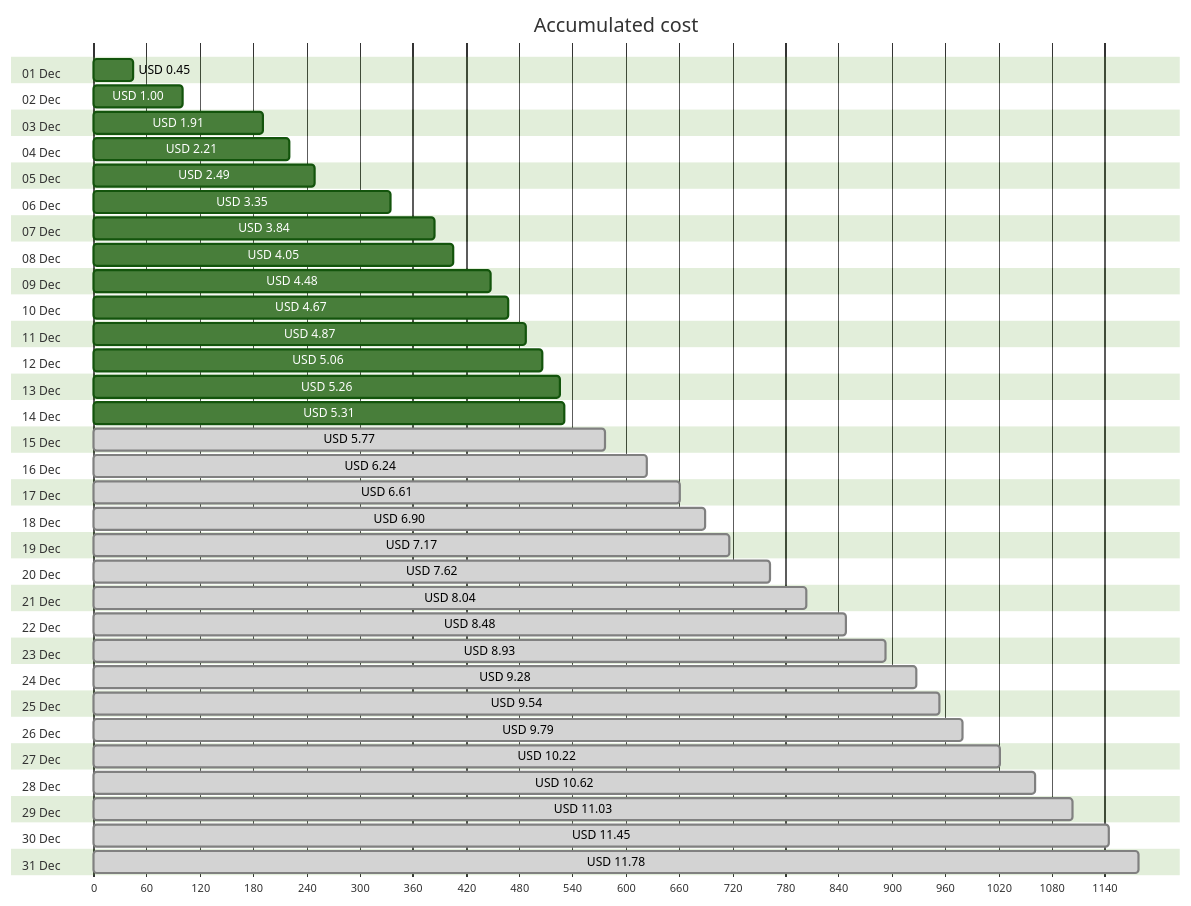
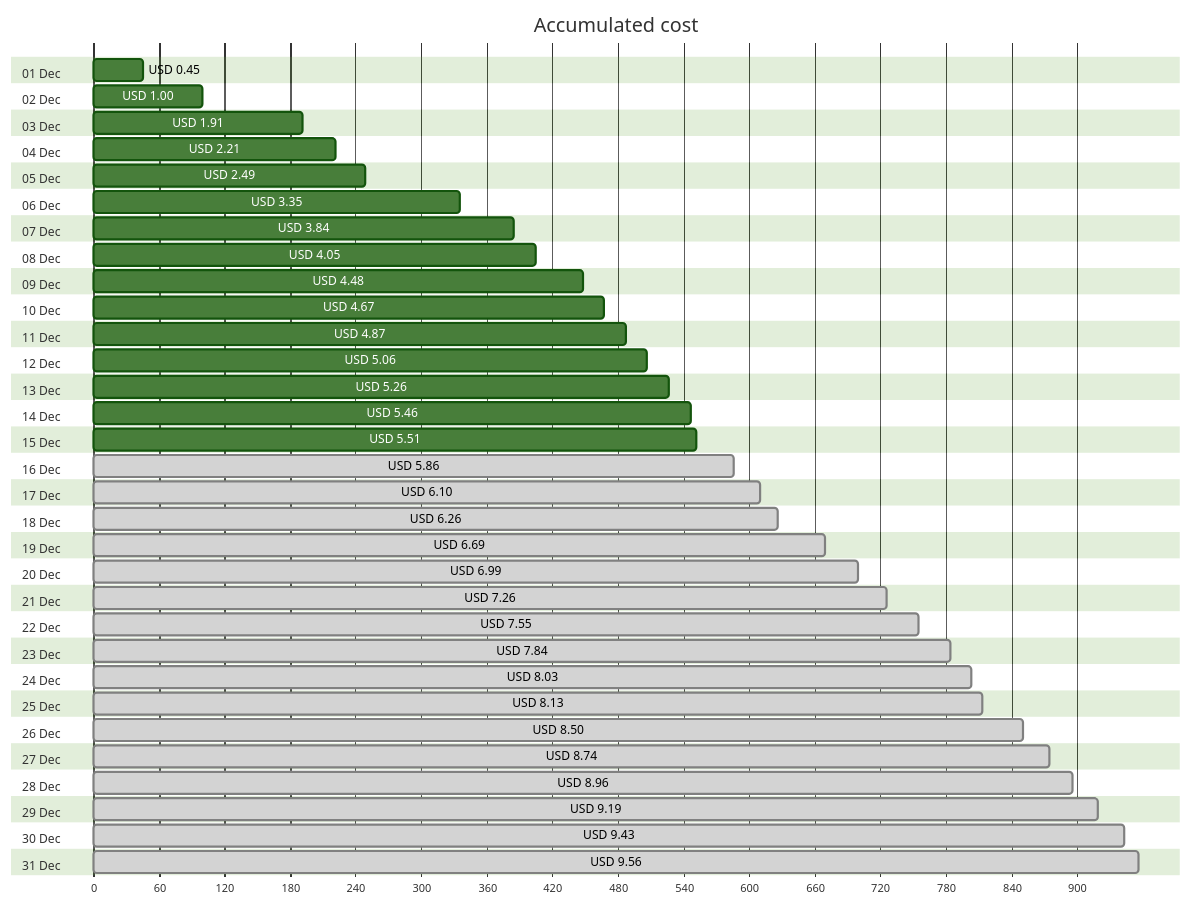
The first of 4 diagrams in cost-reports/personal-network/vpn-server.md (jpfulton/azure-personal-reports), drawn with Mermaid (forest theme) before and after one commit. The commit also changed other lines of this file and 8 other files, not shown here.

````diff
--- a/cost-reports/personal-network/vpn-server.md
+++ b/cost-reports/personal-network/vpn-server.md
@@ -20,68 +20,68 @@
 ```mermaid
 gantt
    title Accumulated cost
    dateFormat  X
    axisFormat %s
    section 01 Dec
    USD 0.45 :0, 45
    section 02 Dec
    USD 1.00 :0, 100
    section 03 Dec
    USD 1.91 :0, 191
    section 04 Dec
    USD 2.21 :0, 221
    section 05 Dec
    USD 2.49 :0, 249
    section 06 Dec
    USD 3.35 :0, 335
    section 07 Dec
    USD 3.84 :0, 384
    section 08 Dec
    USD 4.05 :0, 405
    section 09 Dec
    USD 4.48 :0, 448
    section 10 Dec
    USD 4.67 :0, 467
    section 11 Dec
    USD 4.87 :0, 487
    section 12 Dec
    USD 5.06 :0, 506
    section 13 Dec
    USD 5.26 :0, 526
    section 14 Dec
-   USD 5.31 :0, 531
+   USD 5.46 :0, 546
    section 15 Dec
-   USD 5.77 : done, 0, 577
+   USD 5.51 :0, 551
    section 16 Dec
-   USD 6.24 : done, 0, 624
+   USD 5.86 : done, 0, 586
    section 17 Dec
-   USD 6.61 : done, 0, 661
+   USD 6.10 : done, 0, 610
    section 18 Dec
-   USD 6.90 : done, 0, 690
+   USD 6.26 : done, 0, 626
    section 19 Dec
-   USD 7.17 : done, 0, 717
+   USD 6.69 : done, 0, 669
    section 20 Dec
-   USD 7.62 : done, 0, 762
+   USD 6.99 : done, 0, 699
    section 21 Dec
-   USD 8.04 : done, 0, 804
+   USD 7.26 : done, 0, 726
    section 22 Dec
-   USD 8.48 : done, 0, 848
+   USD 7.55 : done, 0, 755
    section 23 Dec
-   USD 8.93 : done, 0, 893
+   USD 7.84 : done, 0, 784
    section 24 Dec
-   USD 9.28 : done, 0, 928
+   USD 8.03 : done, 0, 803
    section 25 Dec
-   USD 9.54 : done, 0, 954
+   USD 8.13 : done, 0, 813
    section 26 Dec
-   USD 9.79 : done, 0, 979
+   USD 8.50 : done, 0, 850
    section 27 Dec
-   USD 10.22 : done, 0, 1022
+   USD 8.74 : done, 0, 874
    section 28 Dec
-   USD 10.62 : done, 0, 1062
+   USD 8.96 : done, 0, 896
    section 29 Dec
-   USD 11.03 : done, 0, 1103
+   USD 9.19 : done, 0, 919
    section 30 Dec
-   USD 11.45 : done, 0, 1145
+   USD 9.43 : done, 0, 943
    section 31 Dec
-   USD 11.78 : done, 0, 1178
+   USD 9.56 : done, 0, 956
 ```
````
